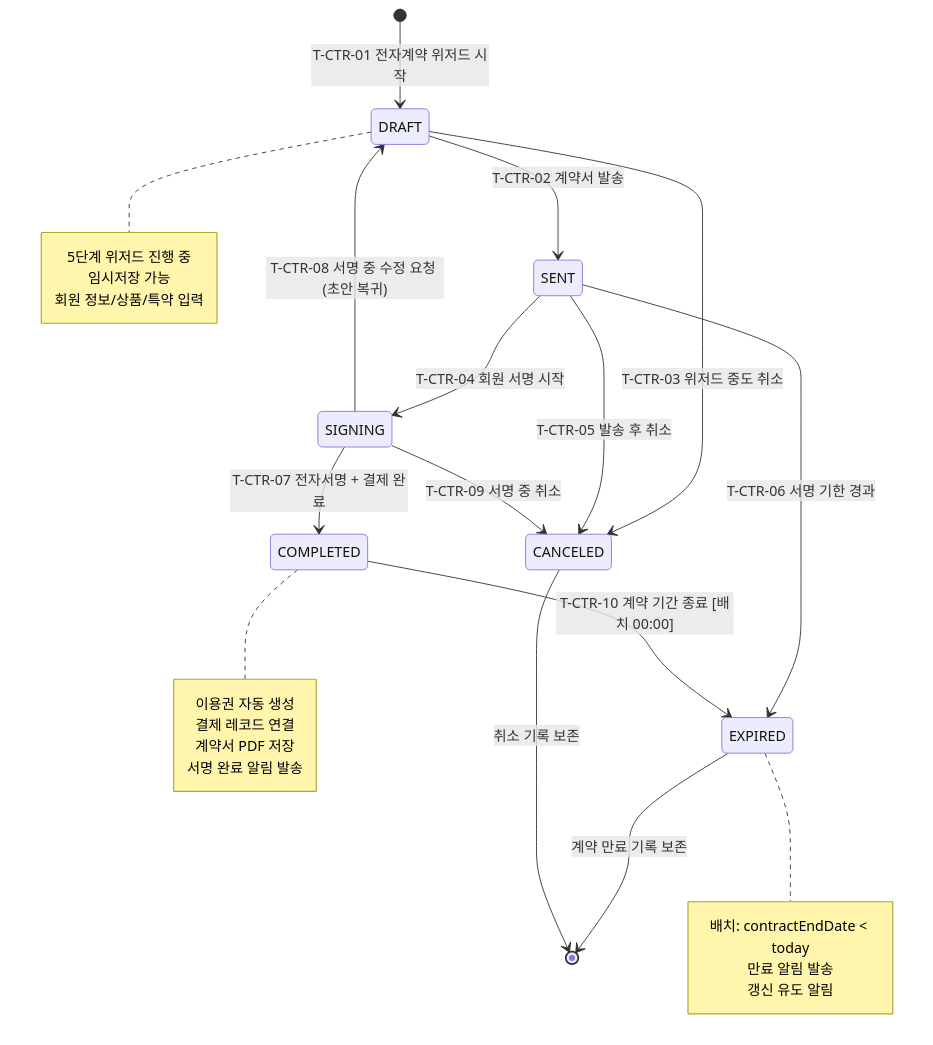
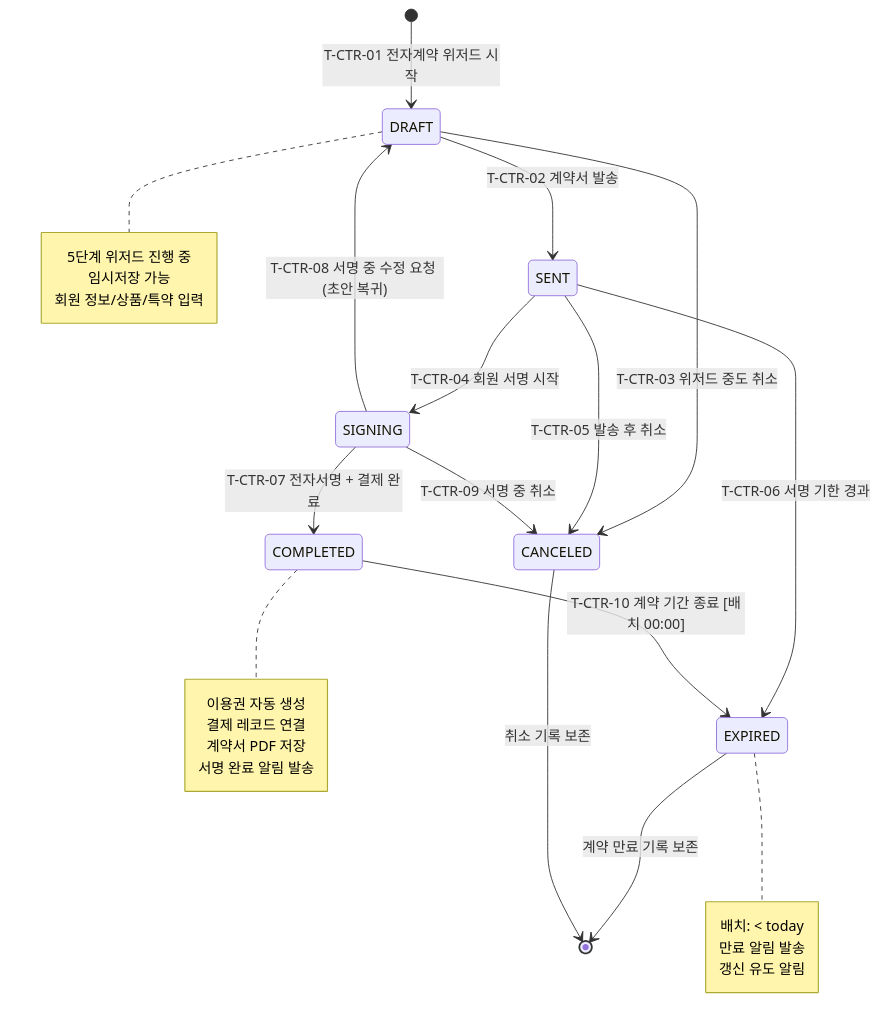
The diagram in docs/다이어그램/20_상태전이도/20-09_ContractStatus.md (dev-spogym/admin-pando), drawn with Mermaid before and after one commit. The commit also changed other lines of this file and 1660 other files, not shown here.

First line of the commit message:
다이어그램: 기획자/클라이언트 납품본으로 정리

````diff
--- a/docs/다이어그램/20_상태전이도/20-09_ContractStatus.md
+++ b/docs/다이어그램/20_상태전이도/20-09_ContractStatus.md
@@ -35,39 +26,39 @@
 ```mermaid
 stateDiagram-v2
     [*] --> DRAFT : T-CTR-01 전자계약 위저드 시작
 
     DRAFT --> SENT : T-CTR-02 계약서 발송
     DRAFT --> CANCELED : T-CTR-03 위저드 중도 취소
 
     SENT --> SIGNING : T-CTR-04 회원 서명 시작
     SENT --> CANCELED : T-CTR-05 발송 후 취소
     SENT --> EXPIRED : T-CTR-06 서명 기한 경과
 
     SIGNING --> COMPLETED : T-CTR-07 전자서명 + 결제 완료
     SIGNING --> DRAFT : T-CTR-08 서명 중 수정 요청 (초안 복귀)
     SIGNING --> CANCELED : T-CTR-09 서명 중 취소
 
     COMPLETED --> EXPIRED : T-CTR-10 계약 기간 종료 [배치 00:00]
 
     EXPIRED --> [*] : 계약 만료 기록 보존
     CANCELED --> [*] : 취소 기록 보존
 
     note right of DRAFT
         5단계 위저드 진행 중
         임시저장 가능
         회원 정보/상품/특약 입력
     end note
 
     note right of COMPLETED
         이용권 자동 생성
         결제 레코드 연결
         계약서 PDF 저장
         서명 완료 알림 발송
     end note
 
     note right of EXPIRED
-        배치: contractEndDate < today
+        배치: < today
         만료 알림 발송
         갱신 유도 알림
     end note
 ```
````
